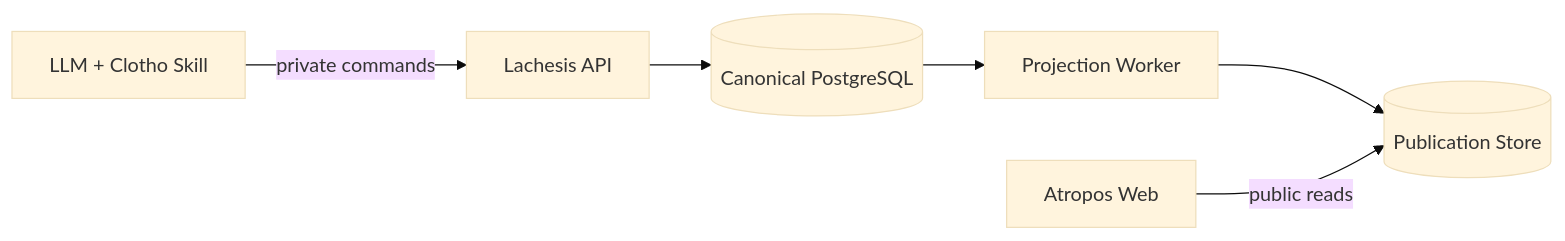
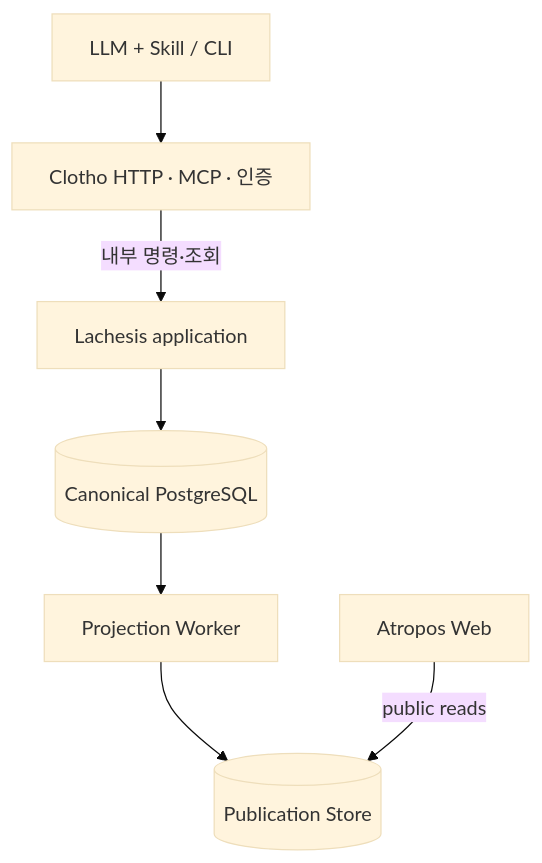
The diagram in docs/technical-specifications/TS-001-system-architecture.md (neocjmix/moirai), drawn with Mermaid (base theme) before and after one commit. The commit also changed other lines of this file and 13 other files, not shown here.

Commit message:
docs: realign Clotho and Lachesis responsibilities for M3 follow-up

````diff
--- a/docs/technical-specifications/TS-001-system-architecture.md
+++ b/docs/technical-specifications/TS-001-system-architecture.md
@@ -43,8 +43,9 @@
 ```mermaid
-flowchart LR
-    LLM["LLM + Clotho Skill"] -->|private commands| API["Lachesis API"]
-    API --> DB[("Canonical PostgreSQL")]
+flowchart TD
+    LLM["LLM + Skill / CLI"] --> C["Clotho HTTP · MCP · 인증"]
+    C -->|내부 명령·조회| L["Lachesis application"]
+    L --> DB[("Canonical PostgreSQL")]
     DB --> W["Projection Worker"]
     W --> PS[("Publication Store")]
     WEB["Atropos Web"] -->|public reads| PS
 ```
````
